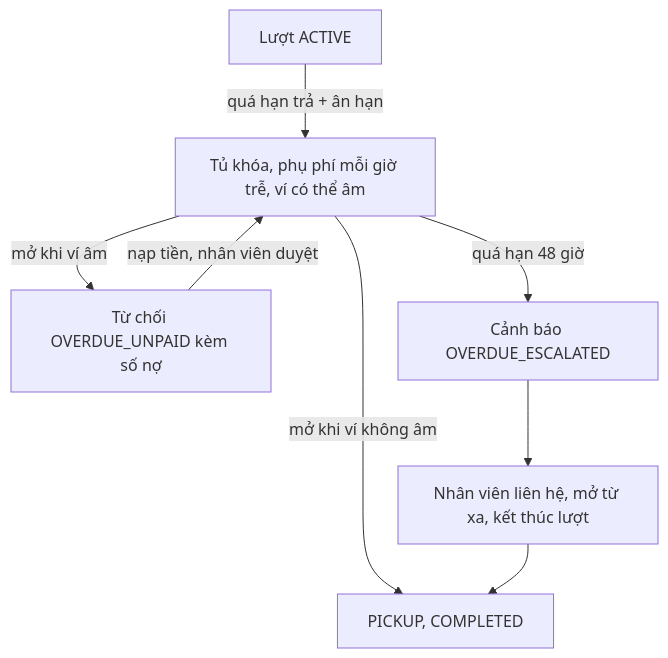
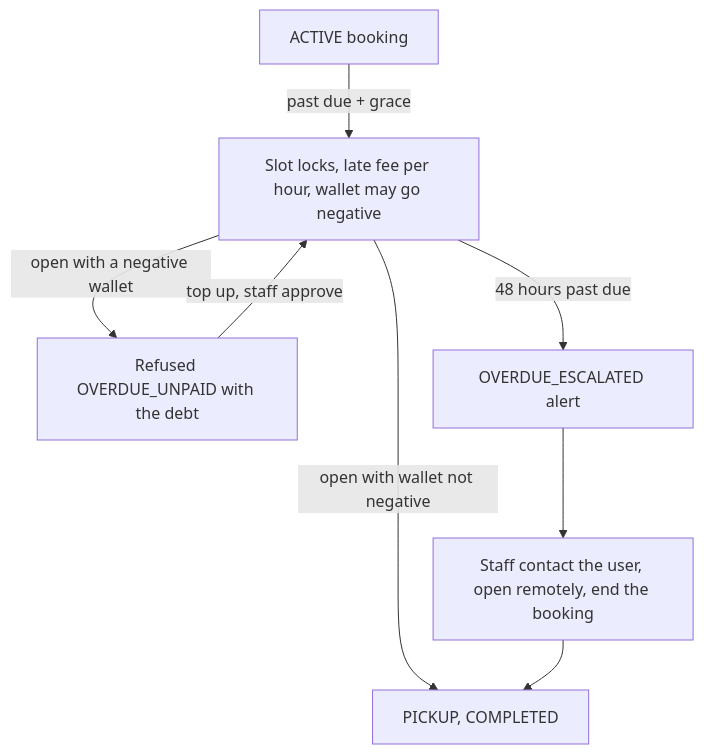
One commit to HoangDuc1003/SmartLocker changed the second of 4 diagrams in README.md. Above: the diagram before and after it, drawn with Mermaid. The commit also changed other lines of this file and 215 other files, not shown here.

````diff
--- a/README.md
+++ b/README.md
@@ -421,10 +454,10 @@
 ```mermaid
 flowchart TD
-    A["Lượt ACTIVE"] -->|"quá hạn trả + ân hạn"| L["Tủ khóa, phụ phí mỗi giờ trễ, ví có thể âm"]
-    L -->|"mở khi ví âm"| E["Từ chối OVERDUE_UNPAID kèm số nợ"]
-    E -->|"nạp tiền, nhân viên duyệt"| L
-    L -->|"mở khi ví không âm"| P["PICKUP, COMPLETED"]
-    L -->|"quá hạn 48 giờ"| X["Cảnh báo OVERDUE_ESCALATED"]
-    X --> ST["Nhân viên liên hệ, mở từ xa, kết thúc lượt"]
+    A["ACTIVE booking"] -->|"past due + grace"| L["Slot locks, late fee per hour, wallet may go negative"]
+    L -->|"open with a negative wallet"| E["Refused OVERDUE_UNPAID with the debt"]
+    E -->|"top up, staff approve"| L
+    L -->|"open with wallet not negative"| P["PICKUP, COMPLETED"]
+    L -->|"48 hours past due"| X["OVERDUE_ESCALATED alert"]
+    X --> ST["Staff contact the user, open remotely, end the booking"]
     ST --> P
 ```
````
